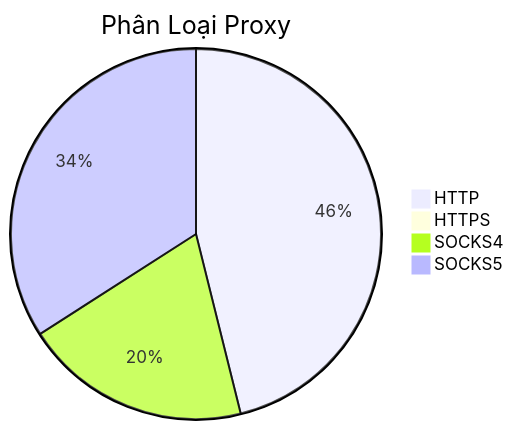
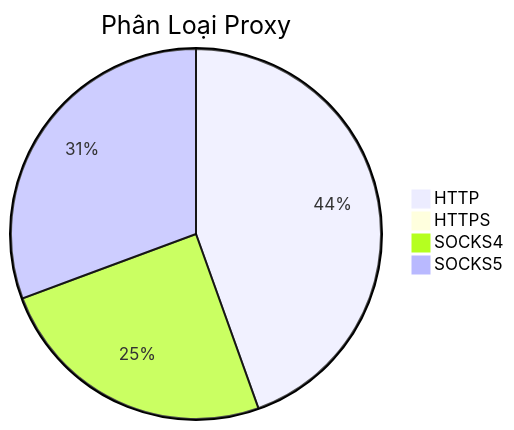
Before and after one commit to Ciara-Aa/PROXY-free: the diagram in README.md, drawn with Mermaid. The commit also changed other lines of this file and 4 other files, not shown here.

````diff
--- a/README.md
+++ b/README.md
@@ -26,7 +26,7 @@
 ```mermaid
 pie title Phân Loại Proxy
-    "HTTP" : 291
+    "HTTP" : 366
     "HTTPS" : 4
-    "SOCKS4" : 125
-    "SOCKS5" : 215
+    "SOCKS4" : 204
+    "SOCKS5" : 252
 ```
````
